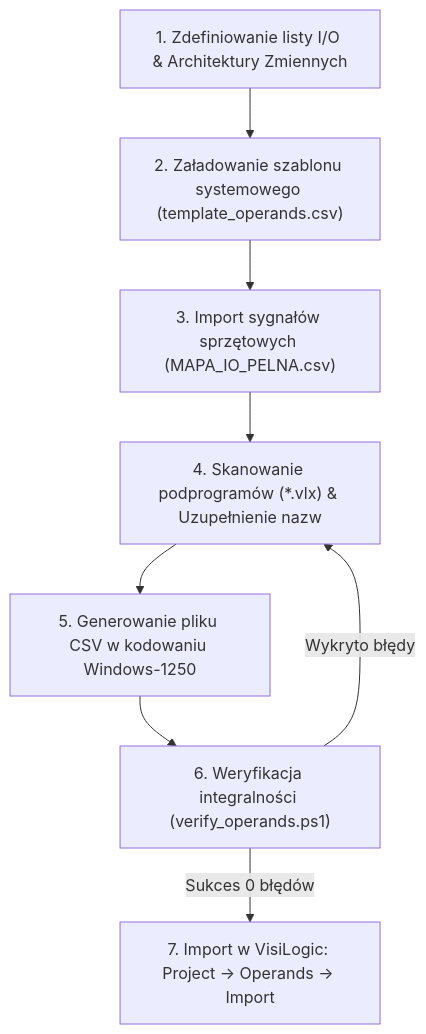
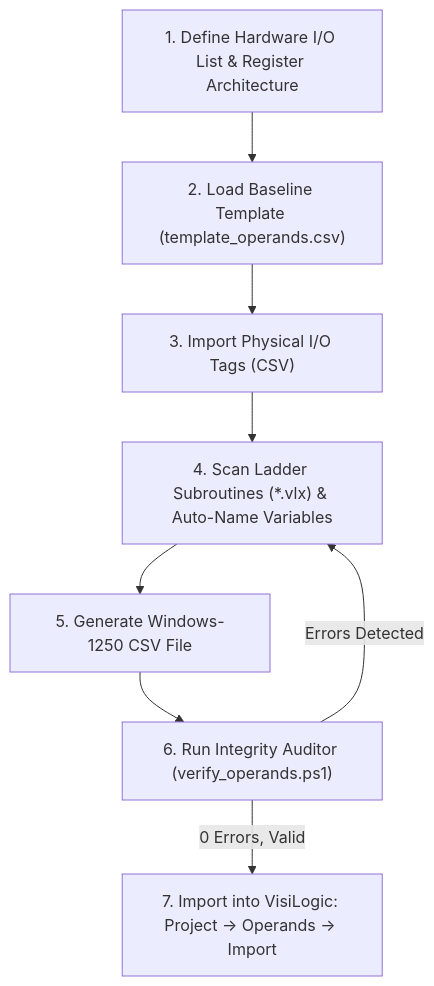
One commit to PROCHOTKILLER/visilogic-element-generators changed the diagram in operands-generator/README.md. Above: the diagram before and after it, drawn with Mermaid. The commit also changed other lines of this file and 48 other files, not shown here.

````diff
--- a/operands-generator/README.md
+++ b/operands-generator/README.md
@@ -104,10 +93,10 @@
 ```mermaid
 flowchart TD
-    A["1. Zdefiniowanie listy I/O & Architektury Zmiennych"] --> B["2. Załadowanie szablonu systemowego (template_operands.csv)"]
-    B --> C["3. Import sygnałów sprzętowych (MAPA_IO_PELNA.csv)"]
-    C --> D["4. Skanowanie podprogramów (*.vlx) & Uzupełnienie nazw"]
-    D --> E["5. Generowanie pliku CSV w kodowaniu Windows-1250"]
-    E --> F["6. Weryfikacja integralności (verify_operands.ps1)"]
-    F -->|Wykryto błędy| D
-    F -->|Sukces 0 błędów| G["7. Import w VisiLogic: Project -> Operands -> Import"]
+    A["1. Define Hardware I/O List & Register Architecture"] --> B["2. Load Baseline Template (template_operands.csv)"]
+    B --> C["3. Import Physical I/O Tags (CSV)"]
+    C --> D["4. Scan Ladder Subroutines (*.vlx) & Auto-Name Variables"]
+    D --> E["5. Generate Windows-1250 CSV File"]
+    E --> F["6. Run Integrity Auditor (verify_operands.ps1)"]
+    F -->|Errors Detected| D
+    F -->|0 Errors, Valid| G["7. Import into VisiLogic: Project -> Operands -> Import"]
 ```
````
